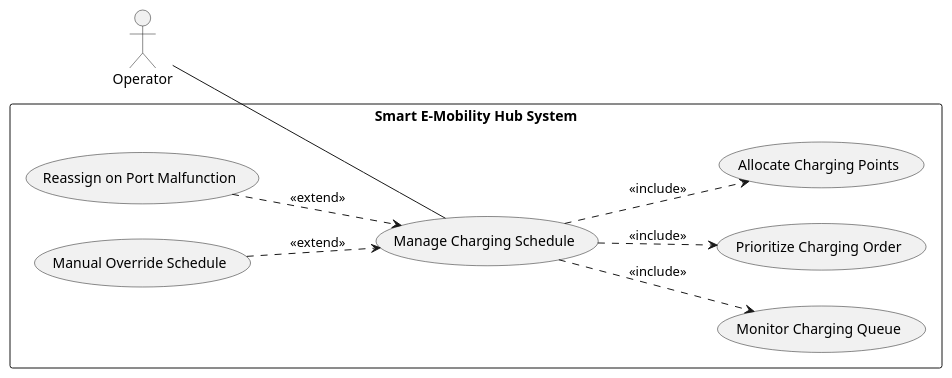
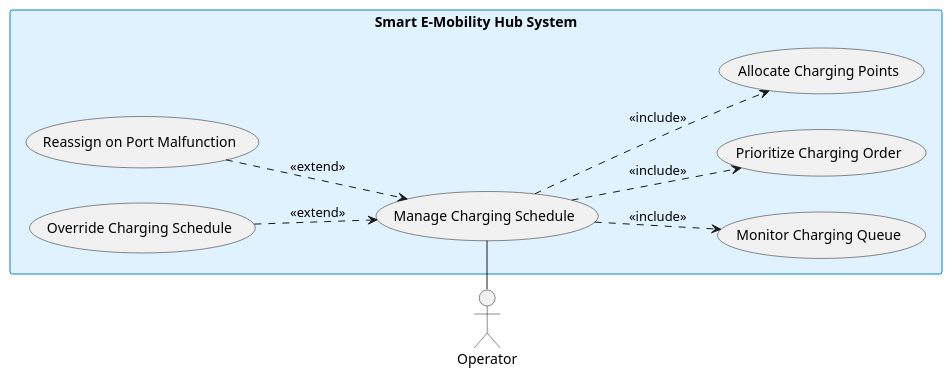
Diagram 25 of 30 in 01_Diagram/01_Usecase_Diagram/PLANTUML_ALL.md (YdtTran/software-engineerning), drawn with PlantUML before and after one commit. The commit also changed other lines of this file and 217 other files, not shown here.

````diff
--- a/01_Diagram/01_Usecase_Diagram/PLANTUML_ALL.md
+++ b/01_Diagram/01_Usecase_Diagram/PLANTUML_ALL.md
@@ -433,26 +545,23 @@
 ```plantuml
 @startuml
 left to right direction
-skinparam packageStyle rectangle
 skinparam shadowing false
-
-actor "Operator" as Operator
-
+skinparam rectangleBackgroundColor #e0f2fe
+skinparam rectangleBorderColor #0284c7
+actor "Operator" as actor_left
 rectangle "Smart E-Mobility Hub System" {
-    usecase "Reassign on Port Malfunction" as UC_Reassign
-    usecase "Manual Override Schedule" as UC_Override
-    usecase "Manage Charging Schedule" as UC_Manage
-    usecase "Monitor Charging Queue" as UC_Queue
-    usecase "Prioritize Charging Order" as UC_Order
-    usecase "Allocate Charging Points" as UC_Alloc
-
-    UC_Reassign ..> UC_Manage : <<extend>>
-    UC_Override ..> UC_Manage : <<extend>>
-    UC_Manage ..> UC_Queue : <<include>>
-    UC_Manage ..> UC_Order : <<include>>
-    UC_Manage ..> UC_Alloc : <<include>>
+  usecase "Reassign on Port Malfunction" as uc_ext1
+  usecase "Manage Charging Schedule" as uc_base
+  usecase "Override Charging Schedule" as uc_ext2
+  usecase "Monitor Charging Queue" as uc_inc1
+  usecase "Prioritize Charging Order" as uc_inc2
+  usecase "Allocate Charging Points" as uc_inc3
 }
-
-Operator -- UC_Manage
+actor_left -right- uc_base
+uc_ext1 ..> uc_base : <<extend>>
+uc_ext2 ..> uc_base : <<extend>>
+uc_base ..> uc_inc1 : <<include>>
+uc_base ..> uc_inc2 : <<include>>
+uc_base ..> uc_inc3 : <<include>>
 @enduml
 ```
````
